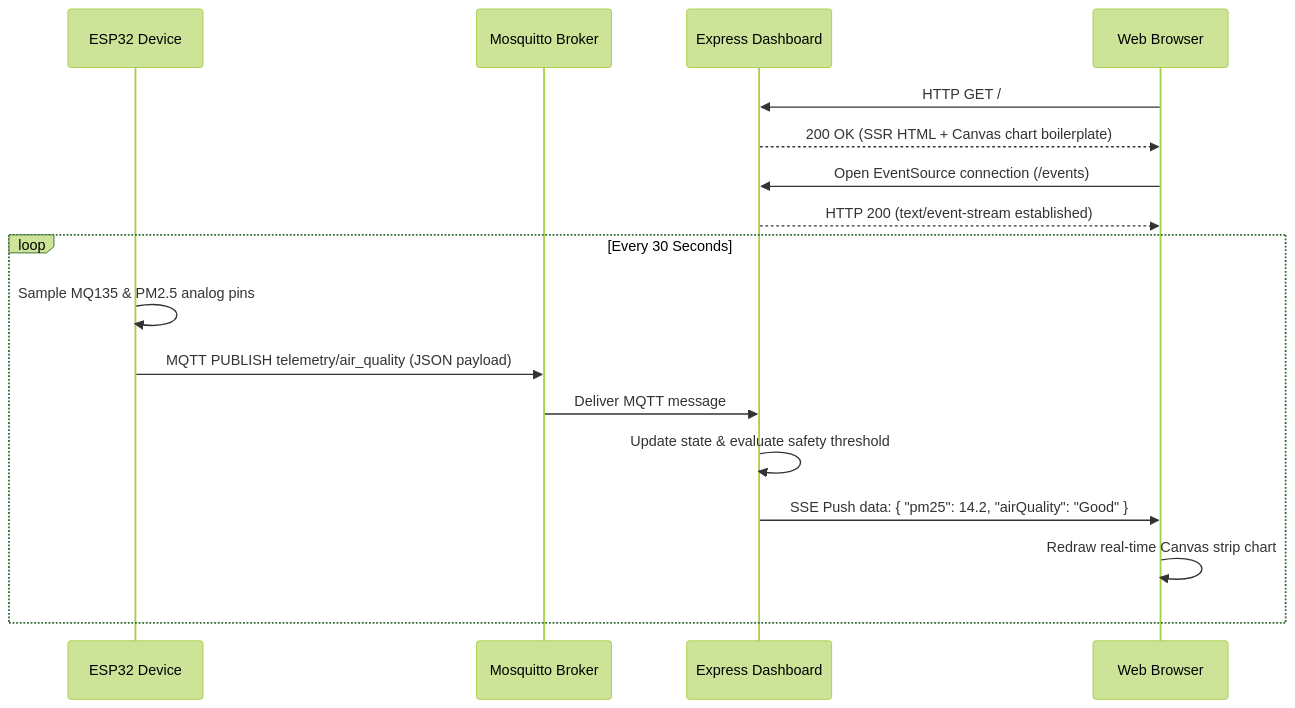
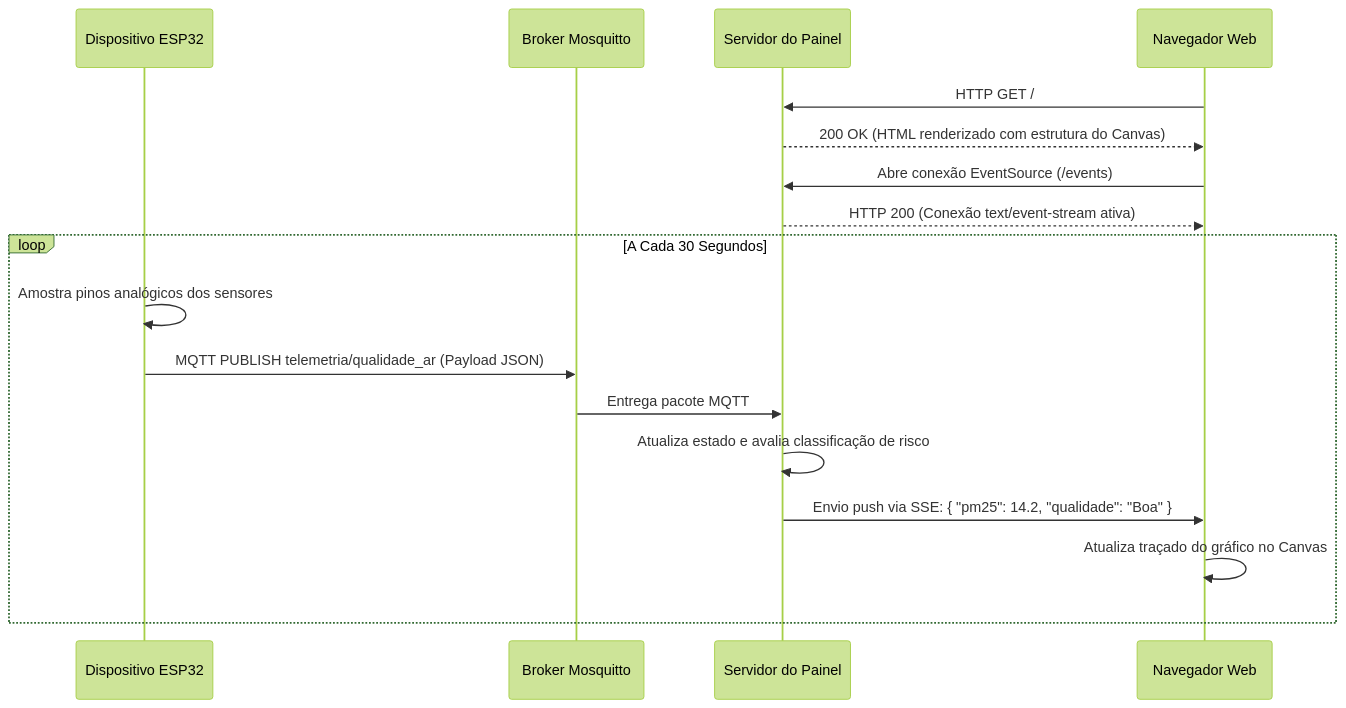
Before and after one commit to Fcsscoder/case-studies: the second of 2 diagrams in embedded-systems-and-iot/real-time-air-quality-iot-telemetry/README.md, drawn with Mermaid (forest theme). The commit also changed other lines of this file and 21 other files, not shown here.

````diff
--- a/embedded-systems-and-iot/real-time-air-quality-iot-telemetry/README.md
+++ b/embedded-systems-and-iot/real-time-air-quality-iot-telemetry/README.md
@@ -33,21 +33,21 @@
 ```mermaid
 sequenceDiagram
-    participant Hardware as ESP32 Device
-    participant Broker as Mosquitto Broker
-    participant Server as Express Dashboard
-    participant Client as Web Browser
+    participant Hardware as Dispositivo ESP32
+    participant Broker as Broker Mosquitto
+    participant Server as Servidor do Painel
+    participant Client as Navegador Web
 
     Client->>Server: HTTP GET /
-    Server-->>Client: 200 OK (SSR HTML + Canvas chart boilerplate)
-    Client->>Server: Open EventSource connection (/events)
-    Server-->>Client: HTTP 200 (text/event-stream established)
+    Server-->>Client: 200 OK (HTML renderizado com estrutura do Canvas)
+    Client->>Server: Abre conexão EventSource (/events)
+    Server-->>Client: HTTP 200 (Conexão text/event-stream ativa)
     
-    loop Every 30 Seconds
-        Hardware->>Hardware: Sample MQ135 & PM2.5 analog pins
-        Hardware->>Broker: MQTT PUBLISH telemetry/air_quality (JSON payload)
-        Broker->>Server: Deliver MQTT message
-        Server->>Server: Update state & evaluate safety threshold
-        Server->>Client: SSE Push data: { "pm25": 14.2, "airQuality": "Good" }
-        Client->>Client: Redraw real-time Canvas strip chart
+    loop A Cada 30 Segundos
+        Hardware->>Hardware: Amostra pinos analógicos dos sensores
+        Hardware->>Broker: MQTT PUBLISH telemetria/qualidade_ar (Payload JSON)
+        Broker->>Server: Entrega pacote MQTT
+        Server->>Server: Atualiza estado e avalia classificação de risco
+        Server->>Client: Envio push via SSE: { "pm25": 14.2, "qualidade": "Boa" }
+        Client->>Client: Atualiza traçado do gráfico no Canvas
     end
 ```
````
